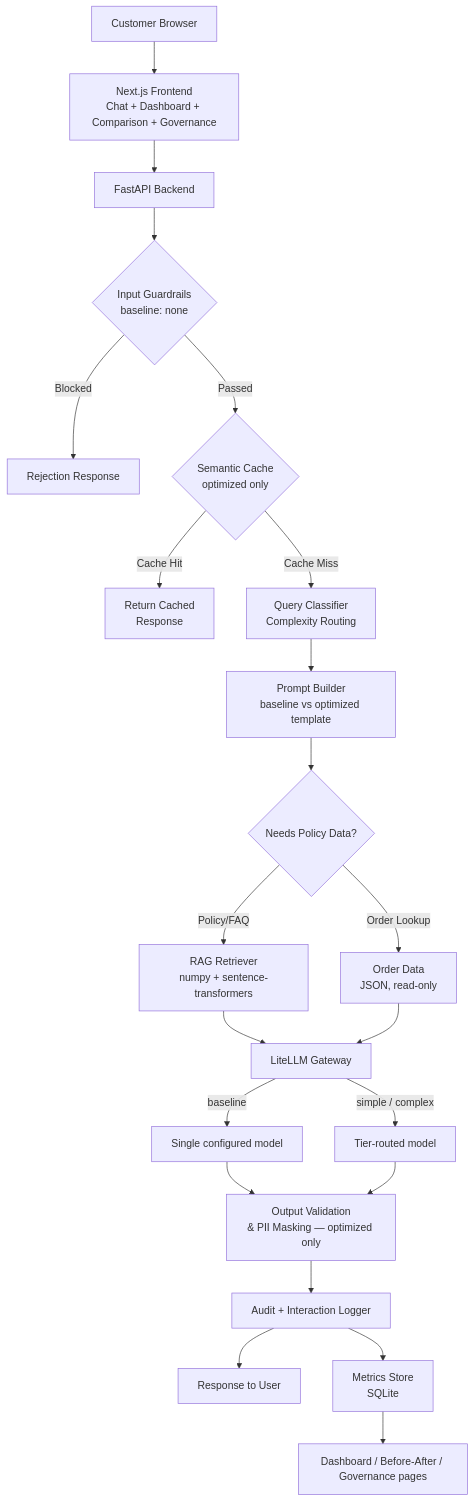
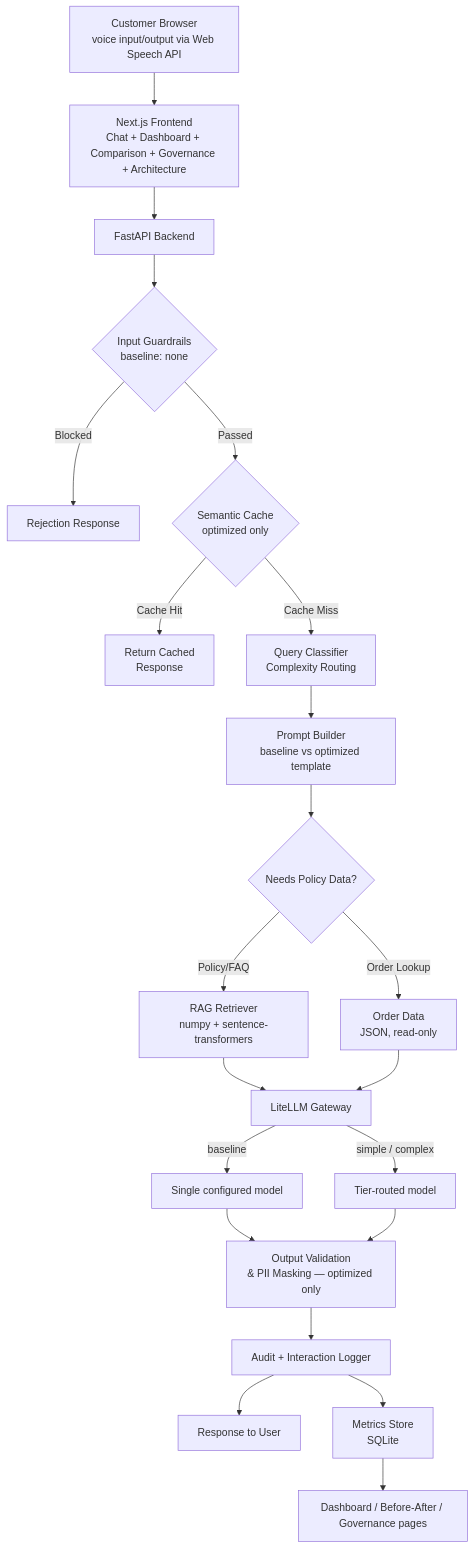
The diagram in PRD.md (sauris3011/OptiBot), drawn with Mermaid before and after one commit. The commit also changed other lines of this file and 1 other file, not shown here.

````diff
--- a/PRD.md
+++ b/PRD.md
@@ -92,24 +92,24 @@
 ```mermaid
 flowchart TD
-    A[Customer Browser] --> B[Next.js Frontend<br/>Chat + Dashboard + Comparison + Governance]
+    A[Customer Browser<br/>voice input/output via Web Speech API] --> B[Next.js Frontend<br/>Chat + Dashboard + Comparison + Governance + Architecture]
     B --> C[FastAPI Backend]
     C --> D{Input Guardrails<br/>baseline: none}
     D -->|Blocked| E[Rejection Response]
     D -->|Passed| F{Semantic Cache<br/>optimized only}
     F -->|Cache Hit| G[Return Cached<br/>Response]
     F -->|Cache Miss| H[Query Classifier<br/>Complexity Routing]
     H --> I[Prompt Builder<br/>baseline vs optimized template]
     I --> J{Needs Policy Data?}
     J -->|Policy/FAQ| K[RAG Retriever<br/>numpy + sentence-transformers]
     J -->|Order Lookup| L[Order Data<br/>JSON, read-only]
     K --> M[LiteLLM Gateway]
     L --> M
     M -->|baseline| N[Single configured model]
     M -->|simple / complex| O[Tier-routed model]
     N --> P[Output Validation<br/>& PII Masking — optimized only]
     O --> P
     P --> Q[Audit + Interaction Logger]
     Q --> R[Response to User]
     Q --> S[Metrics Store<br/>SQLite]
     S --> T[Dashboard / Before-After / Governance pages]
 ```
````
